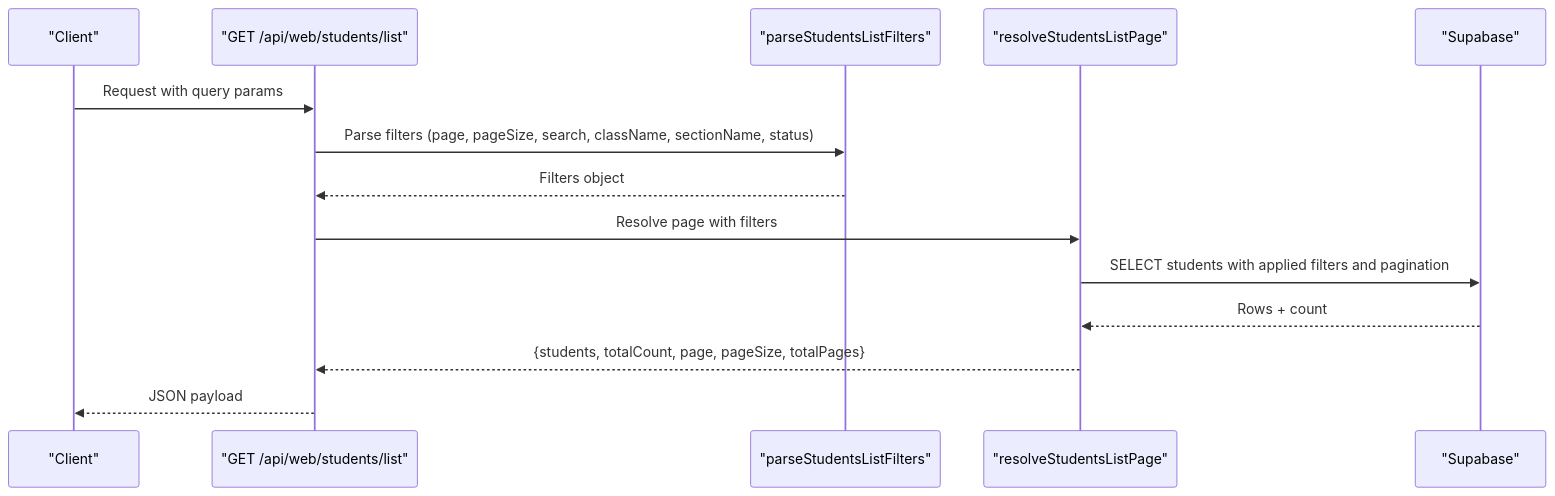
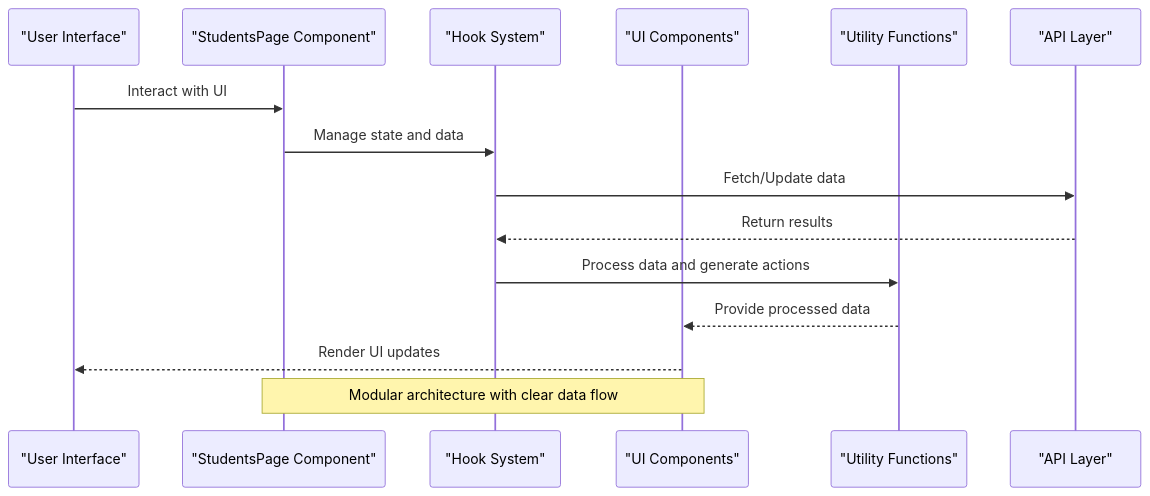
Before and after one commit to mustafaalkusaj/appschoolmustafa2002: the second of 13 diagrams in .qoder/repowiki/en/content/Student Management System/Student Management System.md, drawn with Mermaid. The commit also changed other lines of this file and 85 other files, not shown here.

First line of the commit message:
fix: critical security rescue - password system, i18n, query safety

````diff
--- a/.qoder/repowiki/en/content/Student Management System/Student Management System.md
+++ b/.qoder/repowiki/en/content/Student Management System/Student Management System.md
@@ -120,16 +181,17 @@
 ```mermaid
 sequenceDiagram
-participant Client as "Client"
-participant ListRoute as "GET /api/web/students/list"
-participant Parser as "parseStudentsListFilters"
-participant Resolver as "resolveStudentsListPage"
-participant DB as "Supabase"
-Client->>ListRoute : Request with query params
-ListRoute->>Parser : Parse filters (page, pageSize, search, className, sectionName, status)
-Parser-->>ListRoute : Filters object
-ListRoute->>Resolver : Resolve page with filters
-Resolver->>DB : SELECT students with applied filters and pagination
-DB-->>Resolver : Rows + count
-Resolver-->>ListRoute : {students, totalCount, page, pageSize, totalPages}
-ListRoute-->>Client : JSON payload
+participant User as "User Interface"
+participant StudentsPage as "StudentsPage Component"
+participant Hooks as "Hook System"
+participant Components as "UI Components"
+participant Utils as "Utility Functions"
+participant API as "API Layer"
+User->>StudentsPage : Interact with UI
+StudentsPage->>Hooks : Manage state and data
+Hooks->>API : Fetch/Update data
+API-->>Hooks : Return results
+Hooks->>Utils : Process data and generate actions
+Utils-->>Components : Provide processed data
+Components-->>User : Render UI updates
+Note over StudentsPage,Components : Modular architecture with clear data flow
 ```
````
